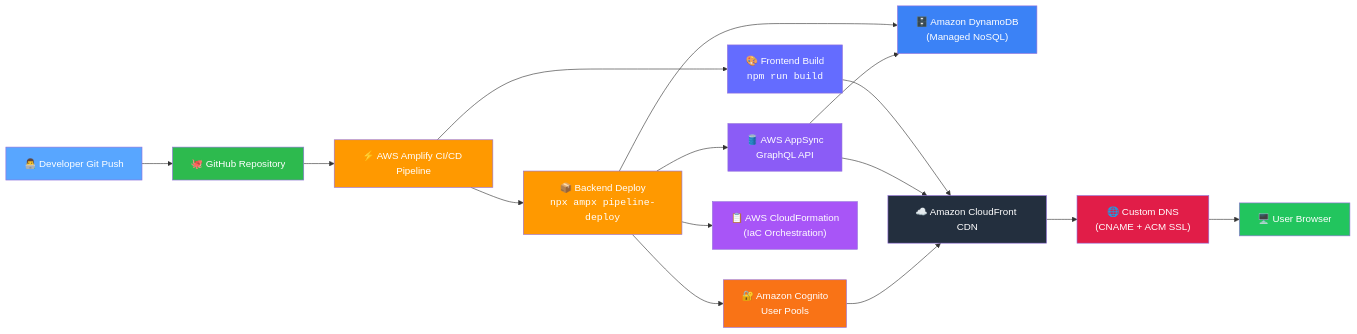
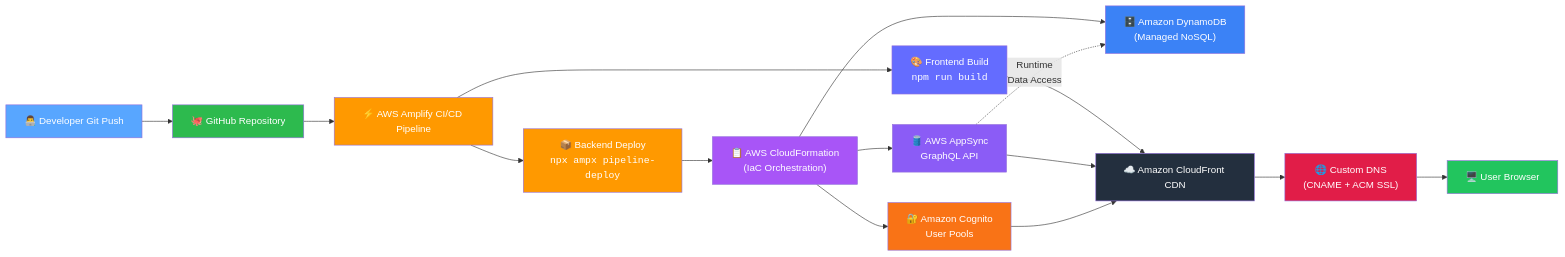
Before and after one commit to Ru-Dipity/Tennis-Score-Board: the diagram in README.md, drawn with Mermaid. The commit also changed other lines of this file, not shown here.

Commit message:
docs: update README.md [skip-cd]

````diff
--- a/README.md
+++ b/README.md
@@ -25,30 +25,33 @@
 ```mermaid
 flowchart LR
     A["👨‍💻 Developer Git Push"] --> B["🐙 GitHub Repository"]
     B --> C["⚡ AWS Amplify CI/CD Pipeline"]
     C --> D["📦 Backend Deploy<br/><code>npx ampx pipeline-deploy</code>"]
     C --> E["🎨 Frontend Build<br/><code>npm run build</code>"]
-    D --> F["🛢️ AWS AppSync<br/>GraphQL API"]
-    D --> G["🔐 Amazon Cognito<br/>User Pools"]
-    D --> K["🗄️ Amazon DynamoDB<br/>(Managed NoSQL)"]
-    D --> L["📋 AWS CloudFormation<br/>(IaC Orchestration)"]
-    E --> H["☁️ Amazon CloudFront CDN"]
-    H --> I["🌐 Custom DNS<br/>(CNAME + ACM SSL)"]
-    I --> J["🖥️ User Browser"]
-    F --> K
-    F --> H
-    G --> H
+
+    D --> F["📋 AWS CloudFormation<br/>(IaC Orchestration)"]
+    F --> G["🛢️ AWS AppSync<br/>GraphQL API"]
+    F --> H["🔐 Amazon Cognito<br/>User Pools"]
+    F --> I["🗄️ Amazon DynamoDB<br/>(Managed NoSQL)"]
+
+    E --> J["☁️ Amazon CloudFront CDN"]
+    J --> K["🌐 Custom DNS<br/>(CNAME + ACM SSL)"]
+    K --> L["🖥️ User Browser"]
+
+    G -.->|Runtime<br/>Data Access| I
+    G --> J
+    H --> J
 
     style A fill:#58a6ff,color:#fff
     style B fill:#2dba4e,color:#fff
     style C fill:#ff9900,color:#fff
     style D fill:#ff9900,color:#fff
     style E fill:#646cff,color:#fff
-    style F fill:#8b5cf6,color:#fff
-    style G fill:#f97316,color:#fff
-    style H fill:#232f3e,color:#fff
-    style I fill:#e11d48,color:#fff
-    style J fill:#22c55e,color:#fff
-    style K fill:#3b82f6,color:#fff
-    style L fill:#a855f7,color:#fff
+    style F fill:#a855f7,color:#fff
+    style G fill:#8b5cf6,color:#fff
+    style H fill:#f97316,color:#fff
+    style I fill:#3b82f6,color:#fff
+    style J fill:#232f3e,color:#fff
+    style K fill:#e11d48,color:#fff
+    style L fill:#22c55e,color:#fff
 ```
````
